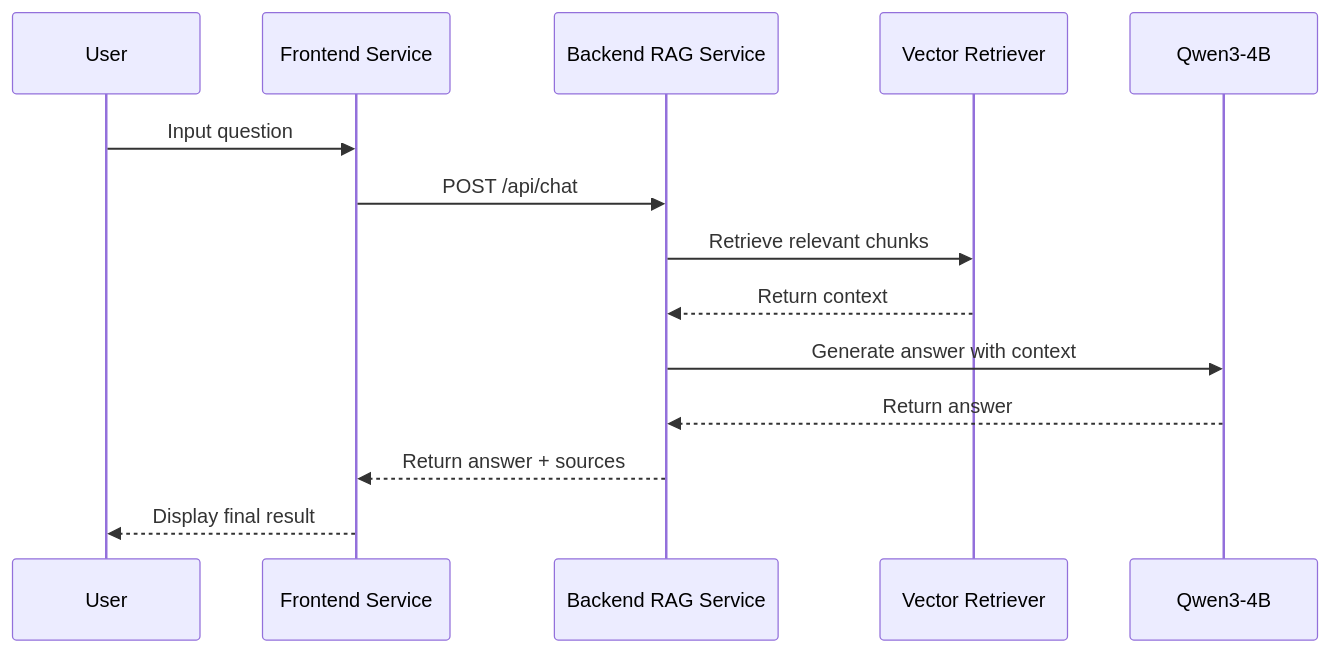
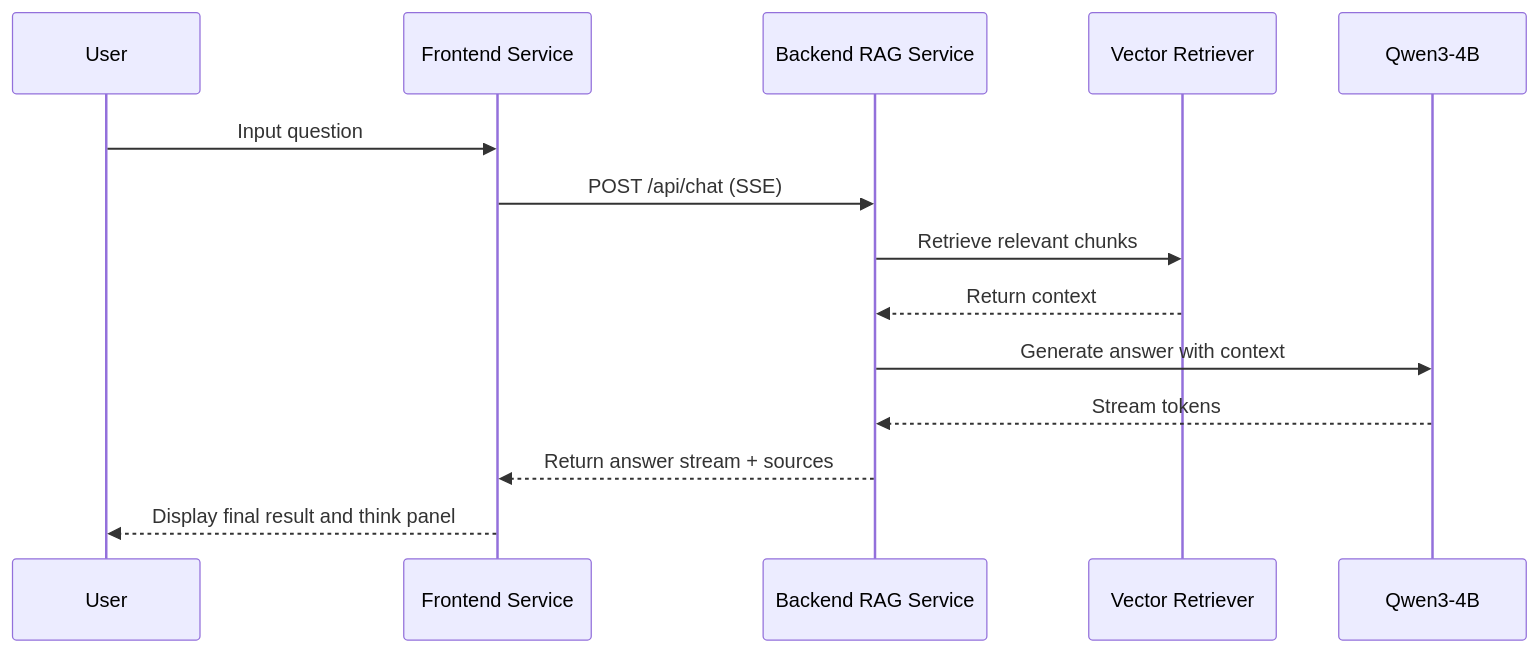
Before and after one commit to Currycwk/IEMS5709-25R2-Edge-Computing: the second of 2 diagrams in finalProject/README.md, drawn with Mermaid. The commit also changed other lines of this file and 6 other files, not shown here.

````diff
--- a/finalProject/README.md
+++ b/finalProject/README.md
@@ -344,17 +361,17 @@
 ```mermaid
 sequenceDiagram
     participant User as User
     participant Frontend as Frontend Service
     participant Backend as Backend RAG Service
     participant Retriever as Vector Retriever
     participant LLM as Qwen3-4B
 
     User->>Frontend: Input question
-    Frontend->>Backend: POST /api/chat
+    Frontend->>Backend: POST /api/chat (SSE)
     Backend->>Retriever: Retrieve relevant chunks
     Retriever-->>Backend: Return context
     Backend->>LLM: Generate answer with context
-    LLM-->>Backend: Return answer
-    Backend-->>Frontend: Return answer + sources
-    Frontend-->>User: Display final result
+    LLM-->>Backend: Stream tokens
+    Backend-->>Frontend: Return answer stream + sources
+    Frontend-->>User: Display final result and think panel
 ```
````
